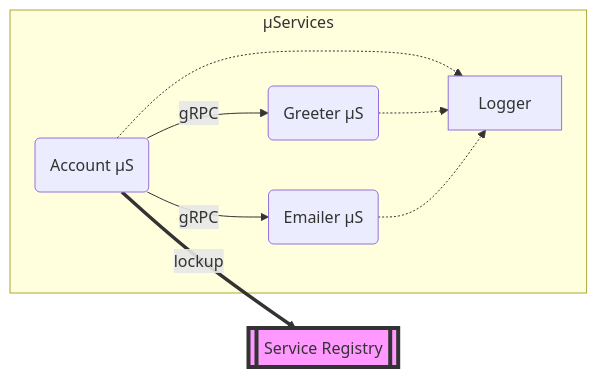
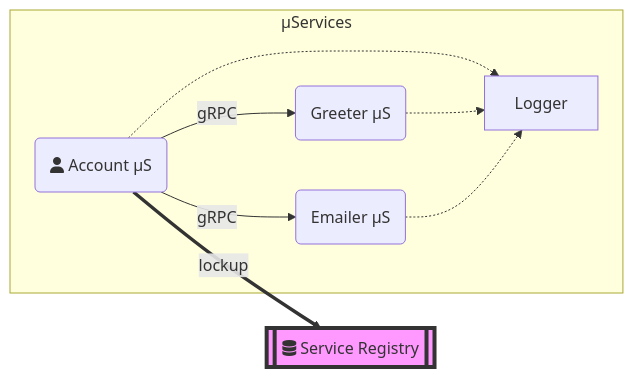
The diagram in service/account/README.md (xmlking/micro-starter-kit), drawn with Mermaid before and after one commit.

````diff
--- a/service/account/README.md
+++ b/service/account/README.md
@@ -6,9 +6,9 @@
 ```mermaid
 graph LR;
     subgraph µServices
-    A(Account µS)--gRPC-->G(Greeter µS) & E(Emailer µS);
+    A(fa:fa-user Account µS)--gRPC-->G(Greeter µS) & E(Emailer µS);
     A & G & E -.-> L[Logger]
     end
-    A ==lockup==> SR[[Service Registry]];
+    A ==lockup==> SR[[fa:fa-database Service Registry]];
     style SR fill:#f9f,stroke:#333,stroke-width:4px
 ```
````
